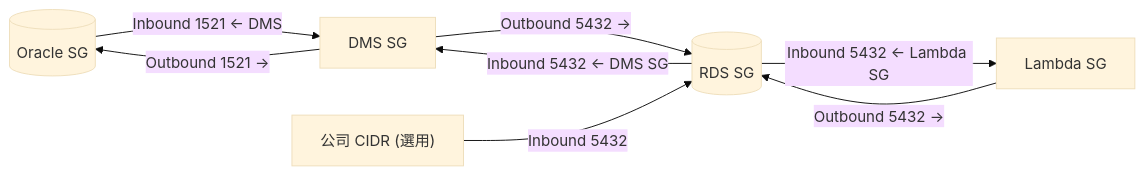
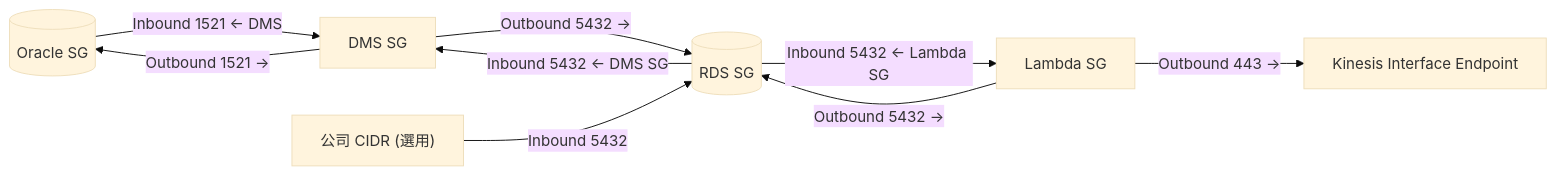
The third of 10 diagrams in docs/Arch/aws-to-local-infra-arch.md (Jiaye-DF/data-center-etl), drawn with Mermaid (base theme) before and after one commit. The commit also changed other lines of this file and 1 other file, not shown here.

Commit message:
(AI) Docs: 架構圖分頁重整為 14 節(拆 VPC Endpoint / Phase 2 排程 / 名詞解說)並使 md 與 HTML 章節對齊

````diff
--- a/docs/Arch/aws-to-local-infra-arch.md
+++ b/docs/Arch/aws-to-local-infra-arch.md
@@ -173,16 +178,18 @@
 ```mermaid
 flowchart LR
   ORA[("Oracle SG")]
   DMS["DMS SG"]
   LMB["Lambda SG"]
   RDS[("RDS SG")]
+  KEP["Kinesis Interface Endpoint"]
   CORP["公司 CIDR (選用)"]
 
   DMS -- "Outbound 1521 →" --> ORA
   ORA -- "Inbound 1521 ← DMS" --> DMS
   DMS -- "Outbound 5432 →" --> RDS
   RDS -- "Inbound 5432 ← DMS SG" --> DMS
   LMB -- "Outbound 5432 →" --> RDS
   RDS -- "Inbound 5432 ← Lambda SG" --> LMB
+  LMB -- "Outbound 443 →" --> KEP
   CORP -- "Inbound 5432" --> RDS
 ```
````
